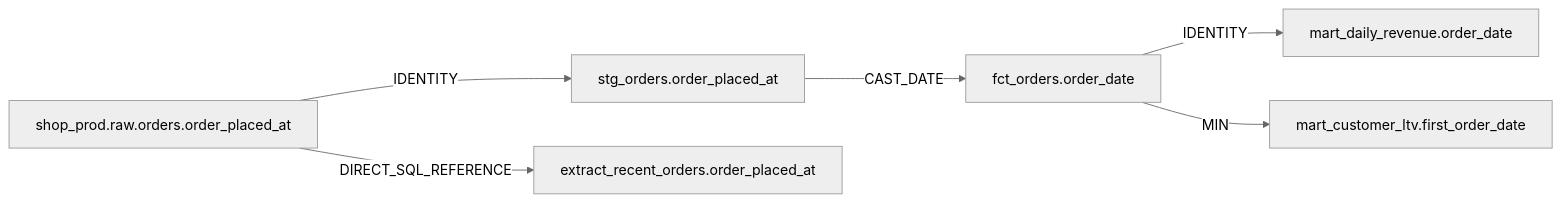
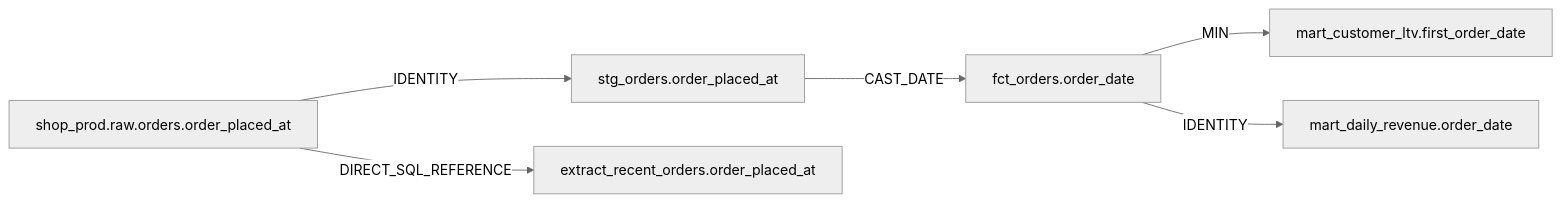
Before and after one commit to yadneshSalvi/datahub-repair-agent: the diagram in examples/pr_bodies/rename-orders-order_placed_at.md, drawn with Mermaid (neutral theme). The commit also changed other lines of this file and 11 other files, not shown here.

````diff
--- a/examples/pr_bodies/rename-orders-order_placed_at.md
+++ b/examples/pr_bodies/rename-orders-order_placed_at.md
@@ -13,8 +13,8 @@
 ```mermaid
 graph LR
     n0["shop_prod.raw.orders.order_placed_at"] -->|"IDENTITY"| n1["stg_orders.order_placed_at"]
     n1["stg_orders.order_placed_at"] -->|"CAST_DATE"| n2["fct_orders.order_date"]
-    n2["fct_orders.order_date"] -->|"IDENTITY"| n3["mart_daily_revenue.order_date"]
-    n2["fct_orders.order_date"] -->|"MIN"| n4["mart_customer_ltv.first_order_date"]
+    n2["fct_orders.order_date"] -->|"MIN"| n3["mart_customer_ltv.first_order_date"]
+    n2["fct_orders.order_date"] -->|"IDENTITY"| n4["mart_daily_revenue.order_date"]
     n0["shop_prod.raw.orders.order_placed_at"] -->|"DIRECT_SQL_REFERENCE"| n5["extract_recent_orders.order_placed_at"]
 ```
````
